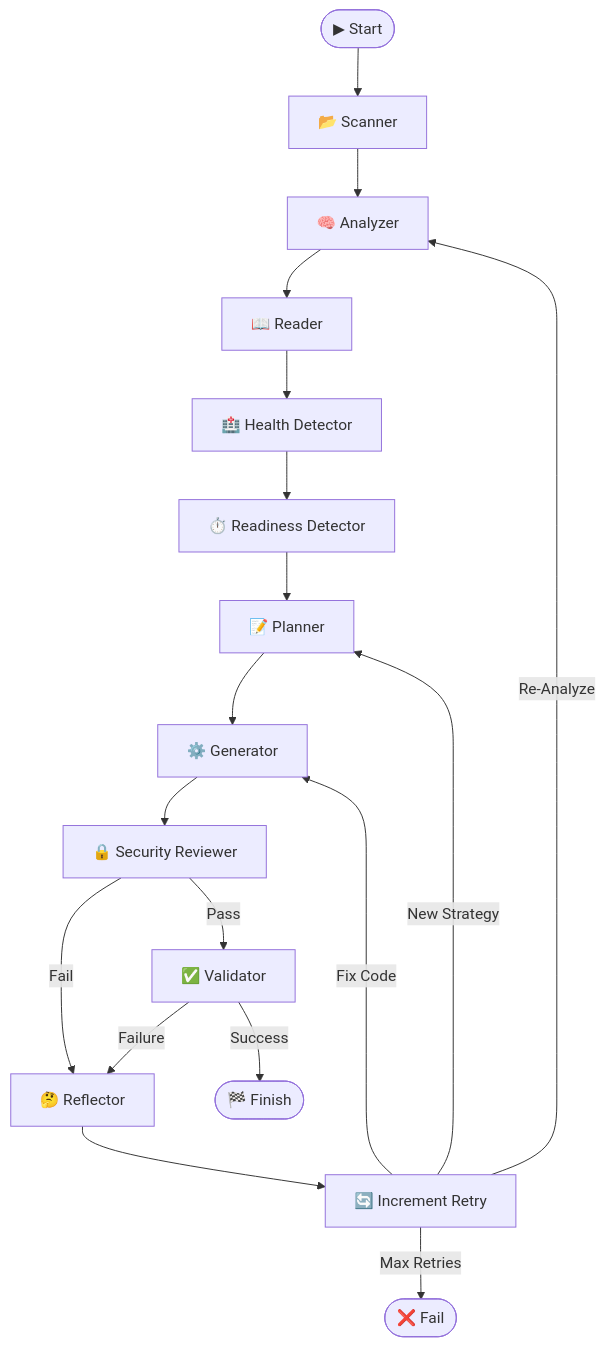
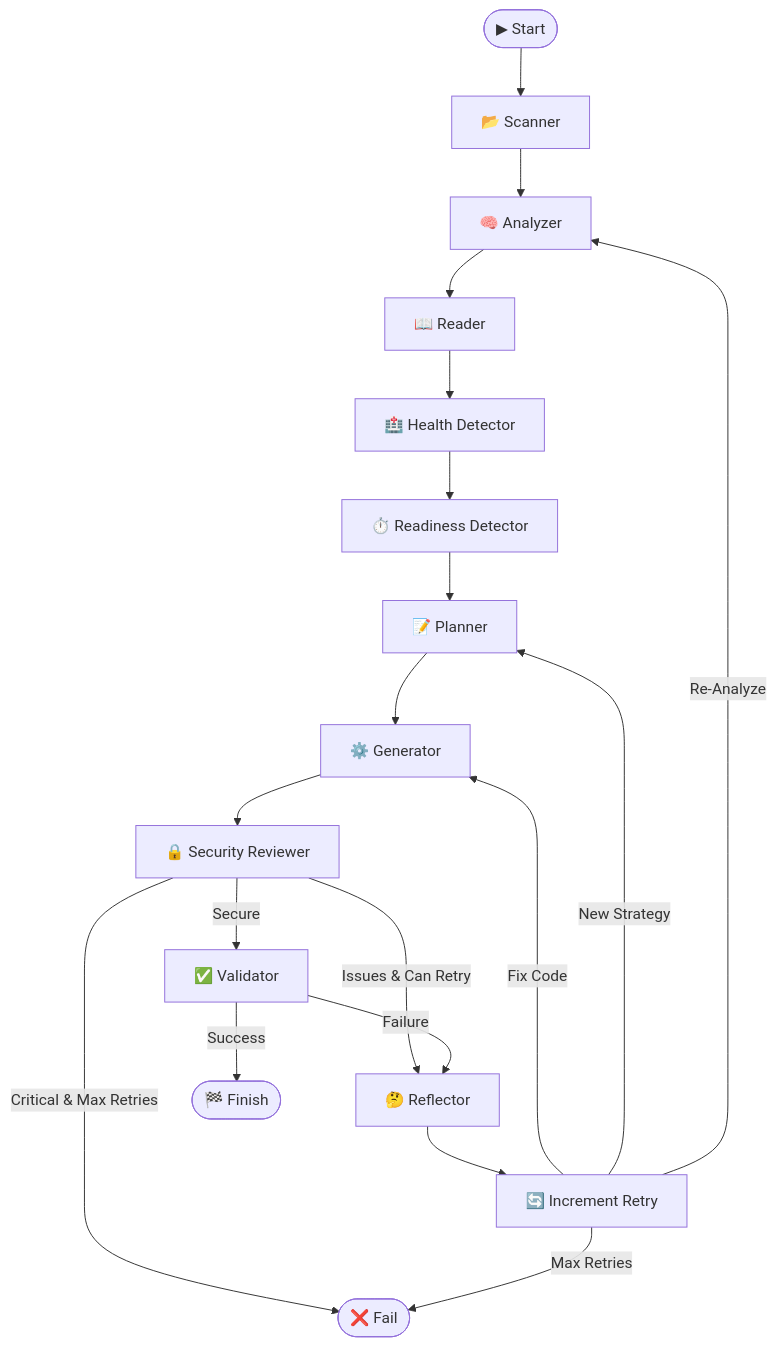
Before and after one commit to actions-marketplace-validations/itzzjb_dockai: the diagram in README.md, drawn with Mermaid. The commit also changed other lines of this file and 1 other file, not shown here.

````diff
--- a/README.md
+++ b/README.md
@@ -240,24 +388,25 @@
 ```mermaid
 graph TD
     Start([▶ Start]) --> Scan[📂 Scanner]
     Scan --> Analyze[🧠 Analyzer]
     Analyze --> Read[📖 Reader]
     Read --> Health[🏥 Health Detector]
     Health --> Ready[⏱️ Readiness Detector]
     Ready --> Plan[📝 Planner]
     Plan --> Generate[⚙️ Generator]
     Generate --> Review[🔒 Security Reviewer]
     
-    Review -- Pass --> Validate[✅ Validator]
-    Review -- Fail --> Reflect[🤔 Reflector]
+    Review -- Secure --> Validate[✅ Validator]
+    Review -- Issues & Can Retry --> Reflect[🤔 Reflector]
+    Review -- Critical & Max Retries --> Fail([❌ Fail])
     
     Validate -- Success --> End([🏁 Finish])
     Validate -- Failure --> Reflect
     
     Reflect --> Increment[🔄 Increment Retry]
     
     Increment -- Fix Code --> Generate
     Increment -- New Strategy --> Plan
     Increment -- Re-Analyze --> Analyze
-    Increment -- Max Retries --> Fail([❌ Fail])
+    Increment -- Max Retries --> Fail
 ```
````
